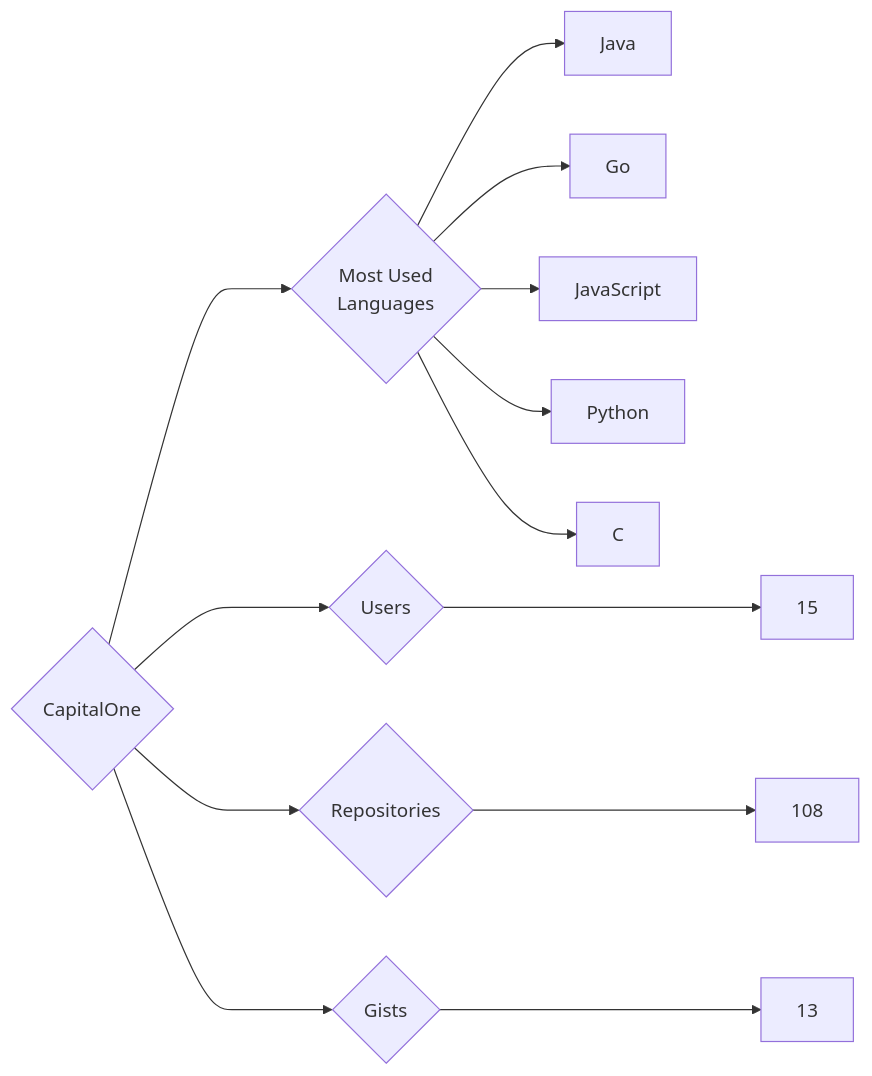
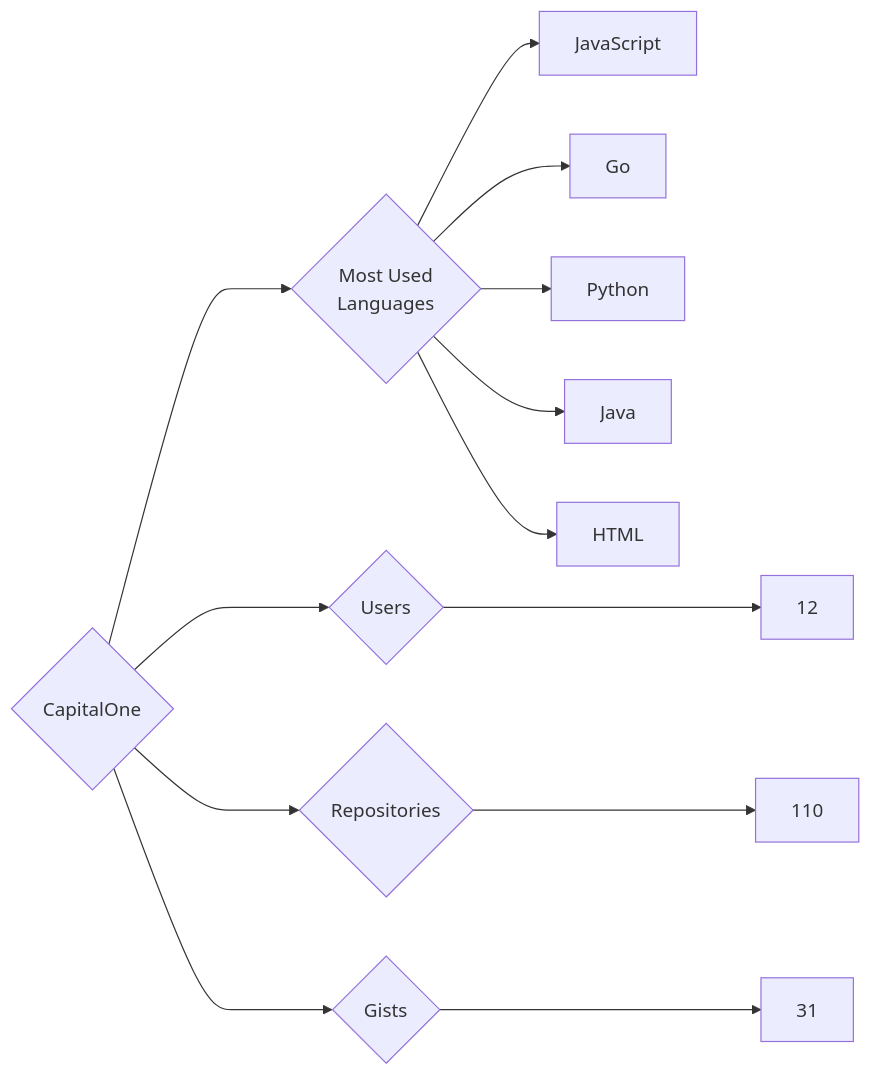
The diagram in targets/CapitalOne/README.md (trickest/insiders), drawn with Mermaid before and after one commit. The commit also changed 1195 other files, not shown here.

````diff
--- a/targets/CapitalOne/README.md
+++ b/targets/CapitalOne/README.md
@@ -3,13 +3,13 @@
 ```mermaid
 graph LR
 COMPANY_NAME{CapitalOne}
-COMPANY_NAME ---> U{Users} ---> UN[15]
-COMPANY_NAME ---> R{Repositories} ---> RN[108]
-COMPANY_NAME ---> G{Gists} ---> GN[13]
+COMPANY_NAME ---> U{Users} ---> UN[12]
+COMPANY_NAME ---> R{Repositories} ---> RN[110]
+COMPANY_NAME ---> G{Gists} ---> GN[31]
 COMPANY_NAME ---> ML{Most Used<br>Languages}
+ML --> JavaScript[JavaScript]
+ML --> Go[Go]
+ML --> Python[Python]
 ML --> Java[Java]
-ML --> Go[Go]
-ML --> JavaScript[JavaScript]
-ML --> Python[Python]
-ML --> C[C]
+ML --> HTML[HTML]
 ```
````
